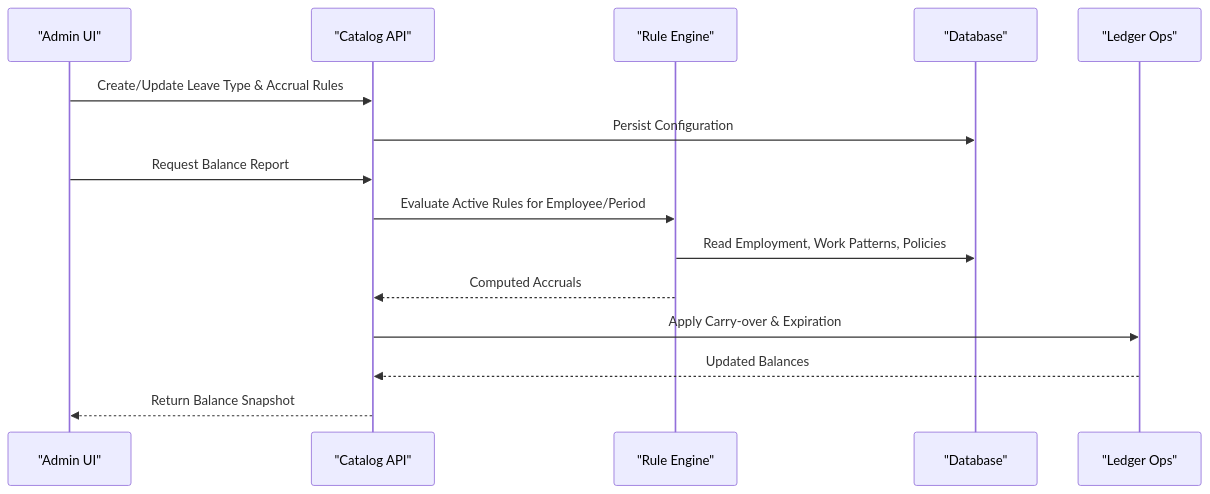
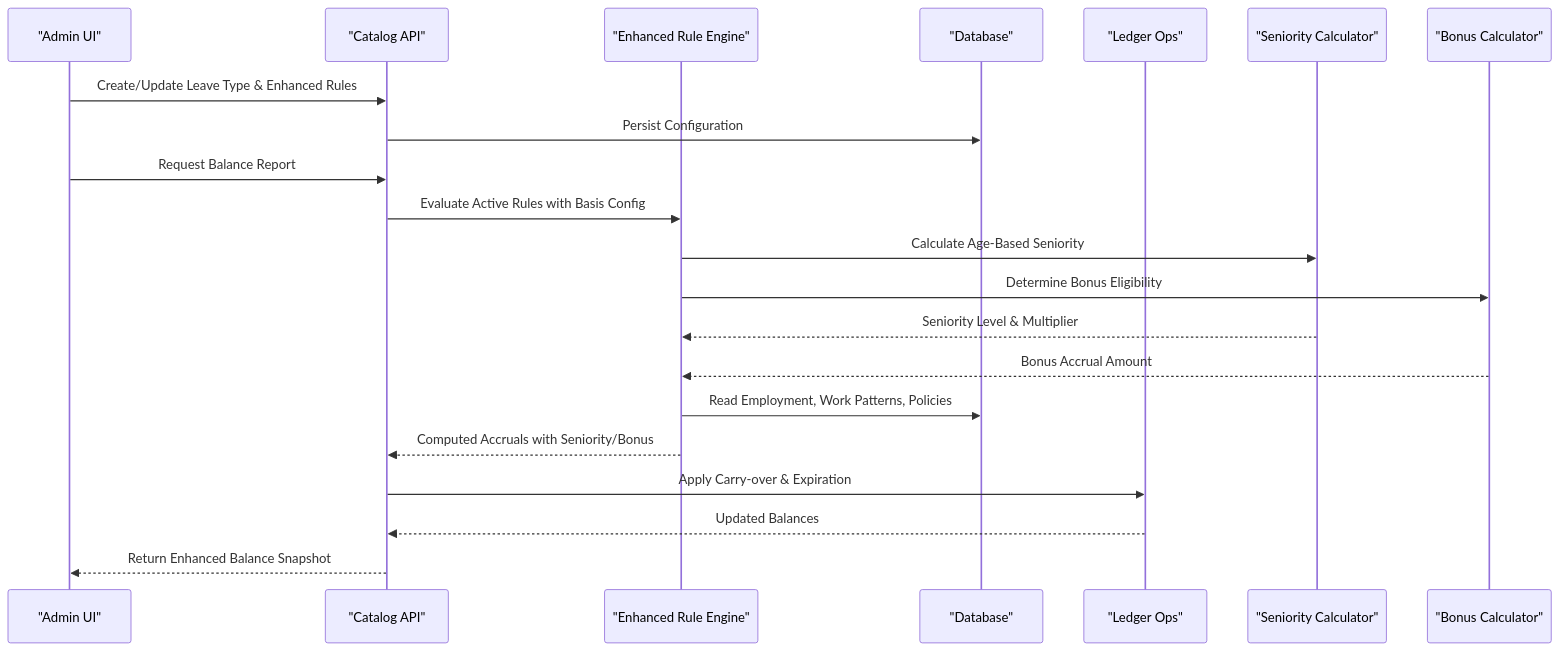
Before and after one commit to EdwinCycling/LiquidHR: the second of 10 diagrams in .qoder/repowiki/en/content/Advanced Features/Leave Management/Accrual Engine.md, drawn with Mermaid. The commit also changed other lines of this file and 120 other files, not shown here.

````diff
--- a/.qoder/repowiki/en/content/Advanced Features/Leave Management/Accrual Engine.md
+++ b/.qoder/repowiki/en/content/Advanced Features/Leave Management/Accrual Engine.md
@@ -162,17 +177,23 @@
 ```mermaid
 sequenceDiagram
 participant Admin as "Admin UI"
 participant CatalogAPI as "Catalog API"
-participant Rules as "Rule Engine"
+participant Rules as "Enhanced Rule Engine"
 participant DB as "Database"
 participant Ledger as "Ledger Ops"
-Admin->>CatalogAPI : Create/Update Leave Type & Accrual Rules
+participant Seniority as "Seniority Calculator"
+participant Bonus as "Bonus Calculator"
+Admin->>CatalogAPI : Create/Update Leave Type & Enhanced Rules
 CatalogAPI->>DB : Persist Configuration
 Admin->>CatalogAPI : Request Balance Report
-CatalogAPI->>Rules : Evaluate Active Rules for Employee/Period
+CatalogAPI->>Rules : Evaluate Active Rules with Basis Config
+Rules->>Seniority : Calculate Age-Based Seniority
+Rules->>Bonus : Determine Bonus Eligibility
+Seniority-->>Rules : Seniority Level & Multiplier
+Bonus-->>Rules : Bonus Accrual Amount
 Rules->>DB : Read Employment, Work Patterns, Policies
-Rules-->>CatalogAPI : Computed Accruals
+Rules-->>CatalogAPI : Computed Accruals with Seniority/Bonus
 CatalogAPI->>Ledger : Apply Carry-over & Expiration
 Ledger-->>CatalogAPI : Updated Balances
-CatalogAPI-->>Admin : Return Balance Snapshot
+CatalogAPI-->>Admin : Return Enhanced Balance Snapshot
 ```
````
